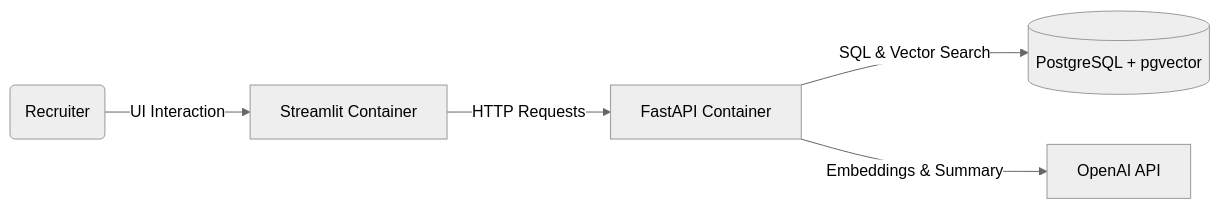
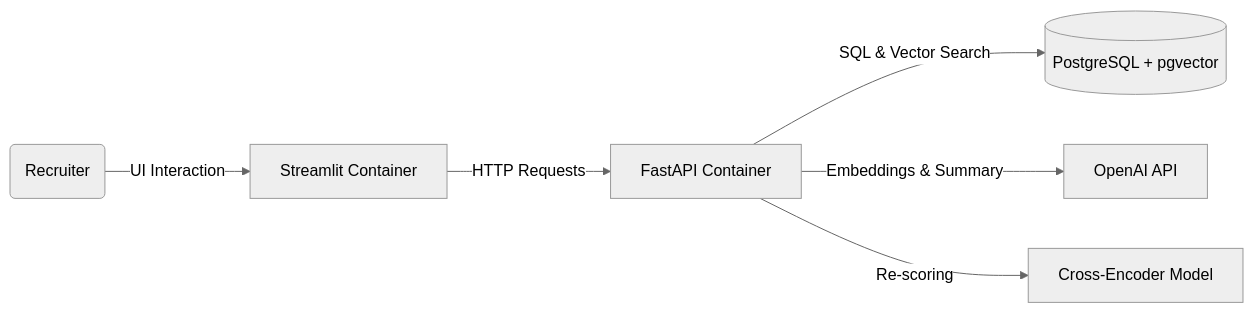
One commit to Vladislav1753/rag-candidate-system changed the diagram in README.md. Above: the diagram before and after it, drawn with Mermaid (neutral theme). The commit also changed other lines of this file and 9 other files, not shown here.

First line of the commit message:
refactor: optimize build, move extraction to backend & add Reranker

````diff
--- a/README.md
+++ b/README.md
@@ -16,7 +16,8 @@
 ```mermaid
 graph LR
     User(Recruiter) -->|UI Interaction| Frontend[Streamlit Container]
     Frontend -->|HTTP Requests| Backend[FastAPI Container]
     Backend -->|SQL & Vector Search| DB[(PostgreSQL + pgvector)]
     Backend -->|Embeddings & Summary| OpenAI[OpenAI API]
+    Backend -->|Re-scoring| Reranker[Cross-Encoder Model]
 ```
````
